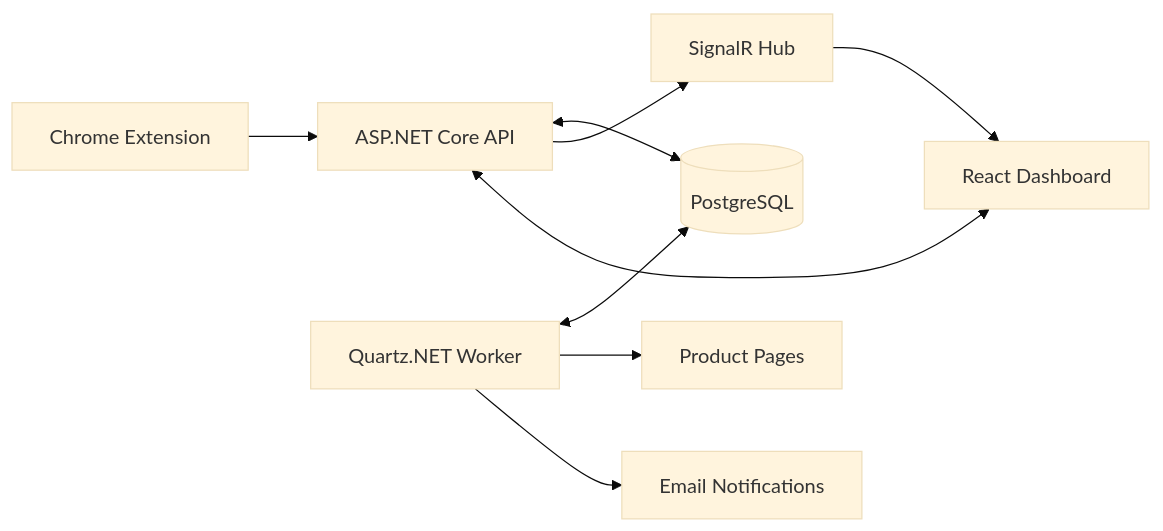
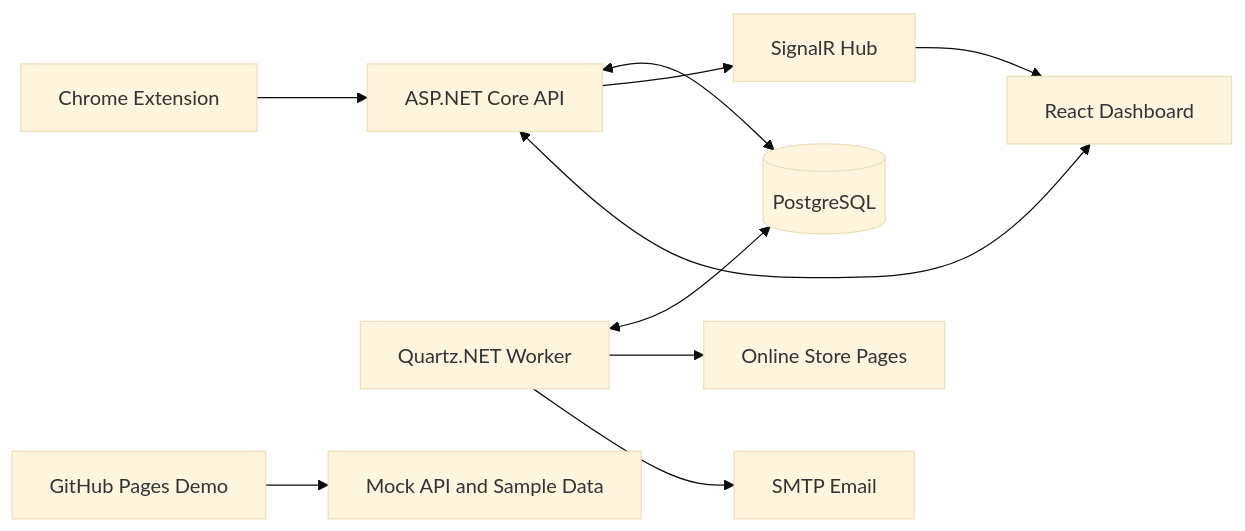
Before and after one commit to Avuii/StockPriceBot: the first of 2 diagrams in README.md, drawn with Mermaid (base theme). The commit also changed other lines of this file, not shown here.

````diff
--- a/README.md
+++ b/README.md
@@ -166,11 +160,12 @@
 ```mermaid
 flowchart LR
-    Extension["Chrome Extension"] --> API["ASP.NET Core API"]
-    Dashboard["React Dashboard"] <--> API
-    API <--> DB[("PostgreSQL")]
-    Worker["Quartz.NET Worker"] <--> DB
-    Worker --> Stores["Product Pages"]
-    Worker --> Mail["Email Notifications"]
-    API --> Hub["SignalR Hub"]
+    Extension[Chrome Extension] --> API[ASP.NET Core API]
+    Dashboard[React Dashboard] <--> API
+    API <--> DB[(PostgreSQL)]
+    Worker[Quartz.NET Worker] <--> DB
+    Worker --> Stores[Online Store Pages]
+    Worker --> Mail[SMTP Email]
+    API --> Hub[SignalR Hub]
     Hub --> Dashboard
+    Demo[GitHub Pages Demo] --> Mock[Mock API and Sample Data]
 ```
````
